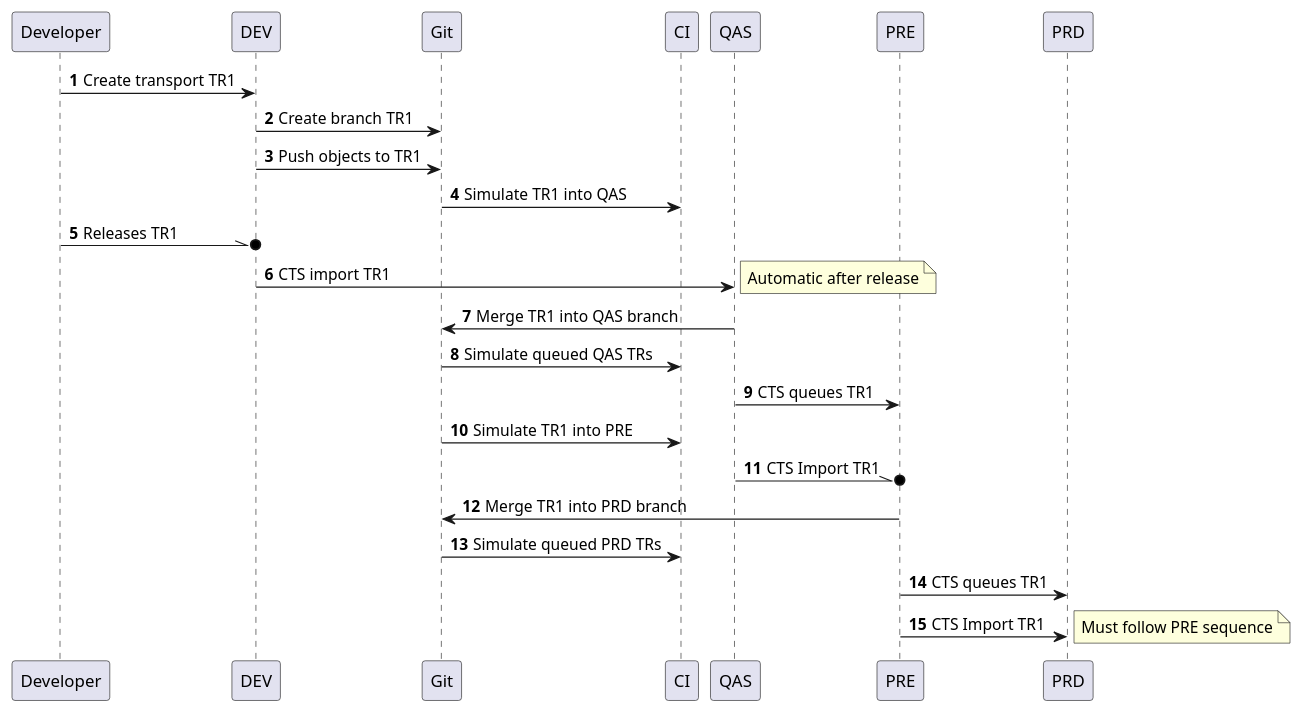
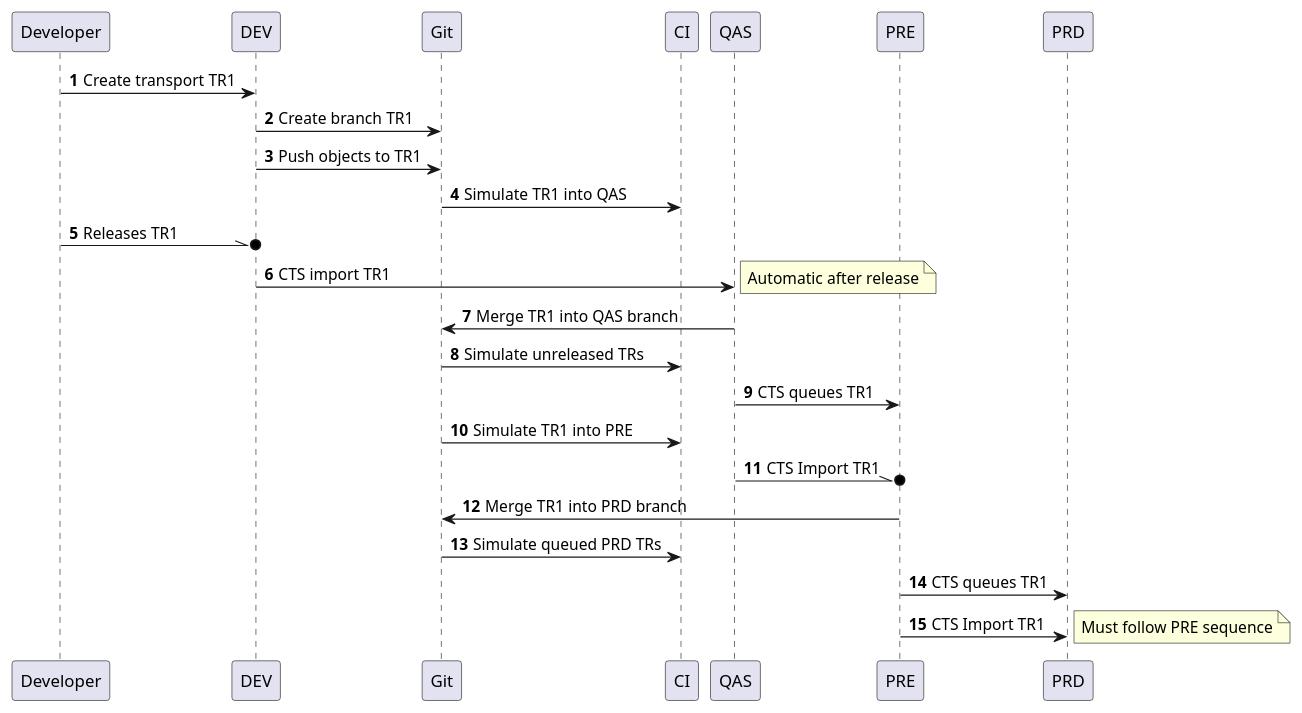
The second of 2 diagrams in src/deployment.adoc (heliconialabs/practical-ci-cd-for-abap), drawn with PlantUML before and after one commit. The commit also changed other lines of this file and 2 other files, not shown here.

```diff
--- a/src/deployment.adoc
+++ b/src/deployment.adoc
@@ -52,39 +52,39 @@
 [plantuml]
 ....
 skinparam monochrome true
 
 participant Developer
 participant DEV
 participant QAS
 participant PRE
 participant PRD
 participant Git
 participant CI
 
 @startuml
 autonumber
 Developer -> DEV : Create transport TR1
 
 DEV -> Git : Create branch TR1
 DEV -> Git : Push objects to TR1
 Git -> CI : Simulate TR1 into QAS
 
 Developer -\\o DEV : Releases TR1
 DEV -> QAS : CTS import TR1
 note right: Automatic after release
 QAS -> Git : Merge TR1 into QAS branch
-Git -> CI : Simulate queued QAS TRs
+Git -> CI : Simulate unreleased TRs
 QAS -> PRE : CTS queues TR1
 
 Git -> CI : Simulate TR1 into PRE
 
 QAS -\\o PRE : CTS Import TR1
 PRE -> Git : Merge TR1 into PRD branch
 Git -> CI : Simulate queued PRD TRs
 
 PRE -> PRD : CTS queues TR1
 
 PRE -> PRD : CTS Import TR1
 note right: Must follow PRE sequence
 @enduml
 ....
```
